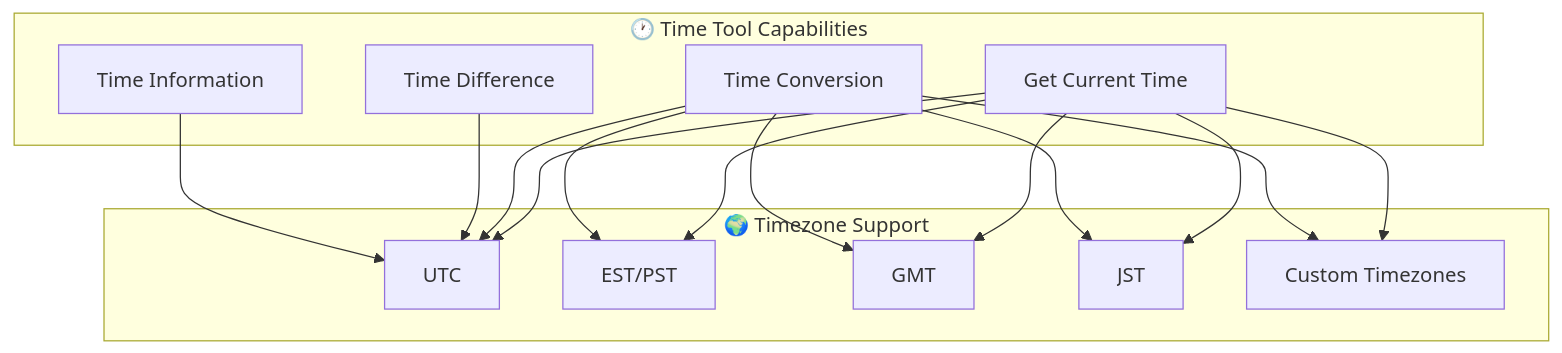
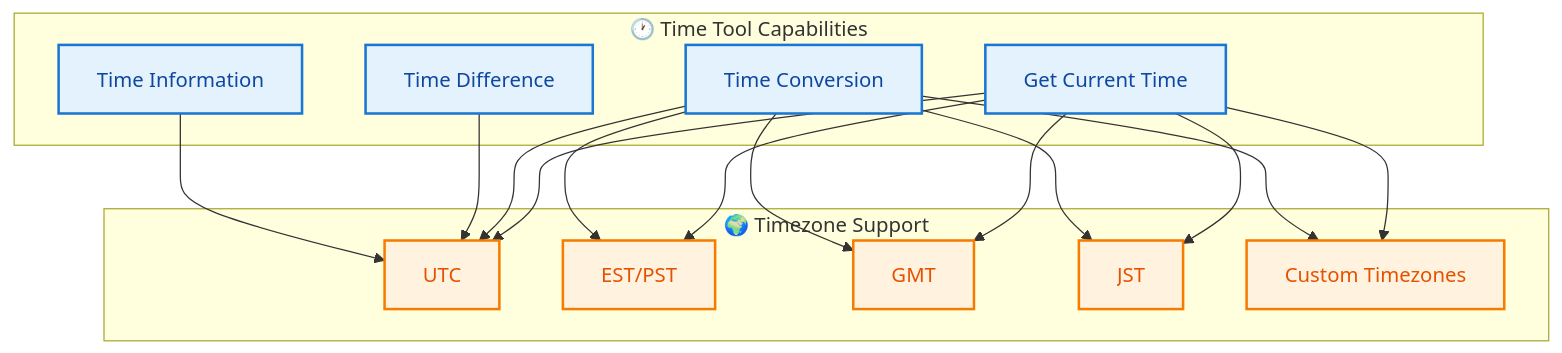
The fifth of 11 diagrams in docs/FEATURES.md (khaosans/basic-chat), drawn with Mermaid before and after one commit. The commit also changed other lines of this file and 2 other files, not shown here.

Commit message:
docs: fix organization, footer, and mermaid styling in README and FEATURES; add footer to DEVELOPMENT.md

````diff
--- a/docs/FEATURES.md
+++ b/docs/FEATURES.md
@@ -452,32 +545,38 @@
 ```mermaid
 graph TD
     subgraph "🕐 Time Tool Capabilities"
         CURRENT[Get Current Time]
         CONVERT[Time Conversion]
         DIFF[Time Difference]
         INFO[Time Information]
     end
     
     subgraph "🌍 Timezone Support"
         UTC[UTC]
         EST[EST/PST]
         GMT[GMT]
         JST[JST]
         CUSTOM[Custom Timezones]
     end
     
     CURRENT --> UTC
     CURRENT --> EST
     CURRENT --> GMT
     CURRENT --> JST
     CURRENT --> CUSTOM
     
     CONVERT --> UTC
     CONVERT --> EST
     CONVERT --> GMT
     CONVERT --> JST
     CONVERT --> CUSTOM
     
     DIFF --> UTC
     INFO --> UTC
+    
+    classDef capabilities fill:#E3F2FD,stroke:#1976D2,stroke-width:2px,color:#0D47A1
+    classDef timezones fill:#FFF3E0,stroke:#F57C00,stroke-width:2px,color:#E65100
+    
+    class CURRENT,CONVERT,DIFF,INFO capabilities
+    class UTC,EST,GMT,JST,CUSTOM timezones
 ```
````
